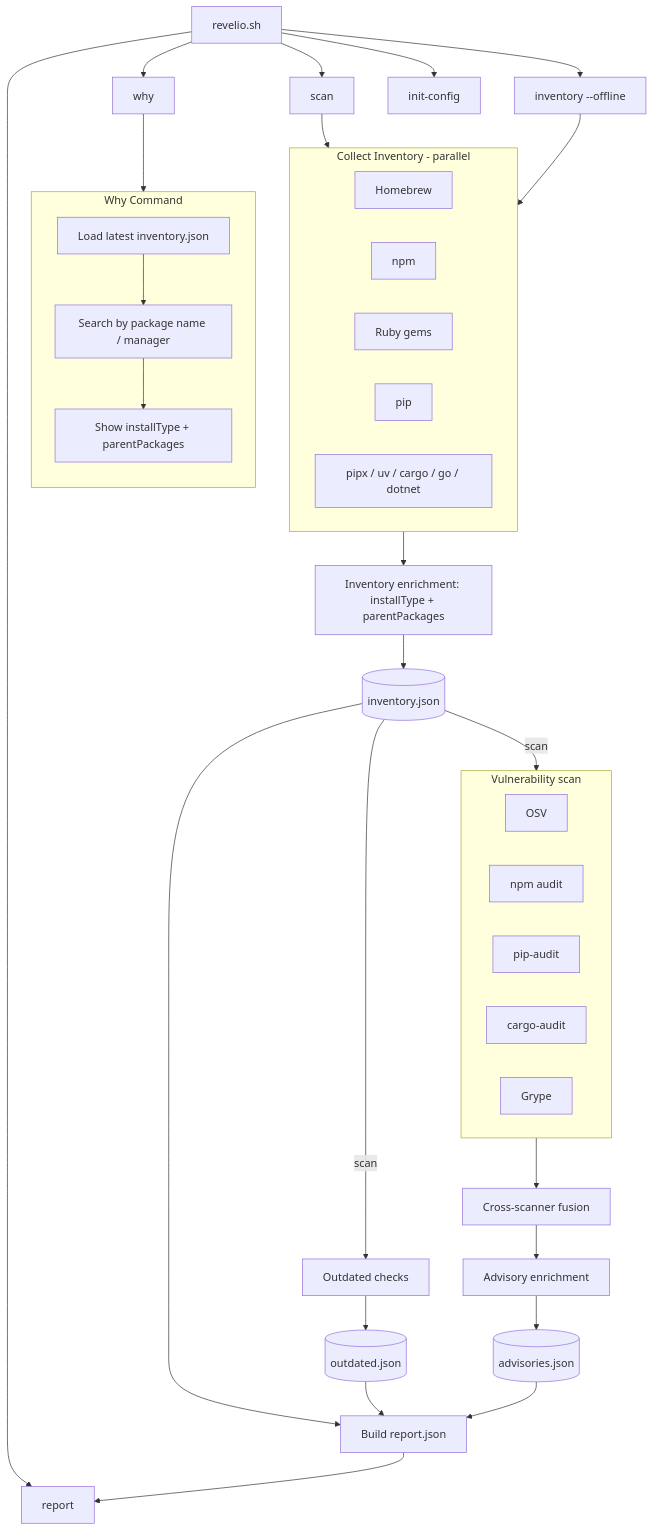
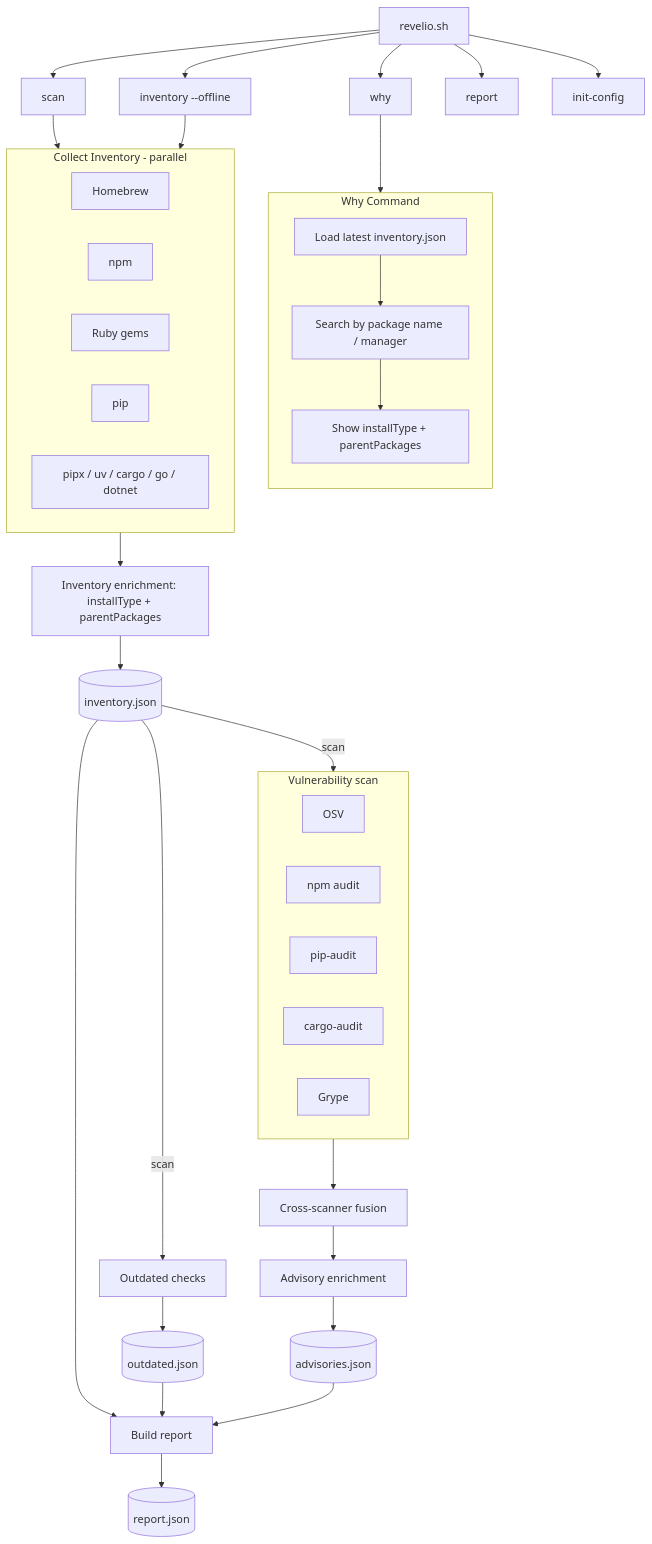
The diagram in README.md (a-magdy/revelio), drawn with Mermaid before and after one commit. The commit also changed other lines of this file, not shown here.

````diff
--- a/README.md
+++ b/README.md
@@ -184,53 +200,53 @@
 ```mermaid
 flowchart TD
     CLI["revelio.sh <command>"]
     CLI --> SCAN["scan"]
     CLI --> INV["inventory --offline"]
     CLI --> WHY["why <package>"]
-    CLI --> REPORT["report"]
+    CLI --> RPT["report"]
     CLI --> INIT["init-config"]
 
     subgraph WHY_FLOW ["Why Command"]
         direction TB
         WHY_LOAD["Load latest inventory.json"]
         WHY_SEARCH["Search by package name / manager"]
         WHY_SHOW["Show installType + parentPackages"]
         WHY_LOAD --> WHY_SEARCH --> WHY_SHOW
     end
     WHY --> WHY_LOAD
 
     SCAN --> COLLECT
     INV --> COLLECT
 
     subgraph COLLECT ["Collect Inventory - parallel"]
         BREW["Homebrew"]
         NPM["npm"]
         GEM["Ruby gems"]
         PIP["pip"]
         OTHER["pipx / uv / cargo / go / dotnet"]
     end
 
     COLLECT --> ENRICH["Inventory enrichment: installType + parentPackages"]
     ENRICH --> INVENTORY[("inventory.json")]
 
     INVENTORY -->|scan| OUTDATED["Outdated checks"]
     OUTDATED --> OUTDATED_JSON[("outdated.json")]
 
     INVENTORY -->|scan| VULNS
     subgraph VULNS ["Vulnerability scan"]
         OSV["OSV"]
         NPMA["npm audit"]
         PIPA["pip-audit"]
         CARGOA["cargo-audit"]
         GRYPE["Grype"]
     end
 
     VULNS --> FUSION["Cross-scanner fusion"]
     FUSION --> ADVISORY_ENRICH["Advisory enrichment"]
     ADVISORY_ENRICH --> ADVISORIES[("advisories.json")]
 
-    INVENTORY --> BUILD["Build report.json"]
+    INVENTORY --> BUILD["Build report"]
     OUTDATED_JSON --> BUILD
     ADVISORIES --> BUILD
-    BUILD --> REPORT
+    BUILD --> REPORT_JSON[("report.json")]
 ```
````
